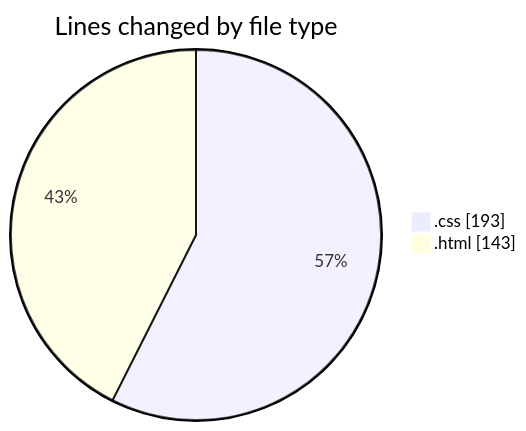
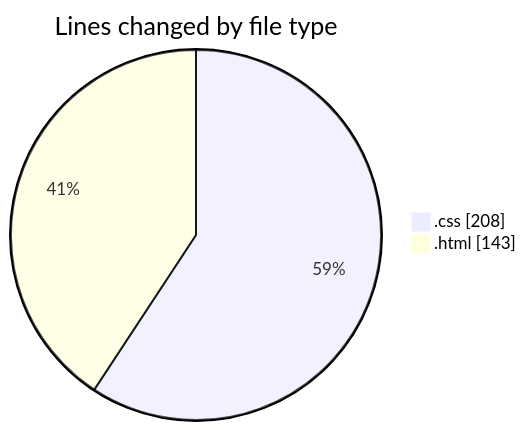
The first of 2 diagrams in 2025-02-07/recipe-page-main/README.md (NitaiMahat/code-tracking), drawn with Mermaid before and after one commit. The commit also changed other lines of this file and 1 other file, not shown here.

````diff
--- a/2025-02-07/recipe-page-main/README.md
+++ b/2025-02-07/recipe-page-main/README.md
@@ -21,6 +21,6 @@
 ```mermaid
 pie showData
 title Lines changed by file type
-".css" : 193
+".css" : 208
 ".html" : 143
 ```
````
